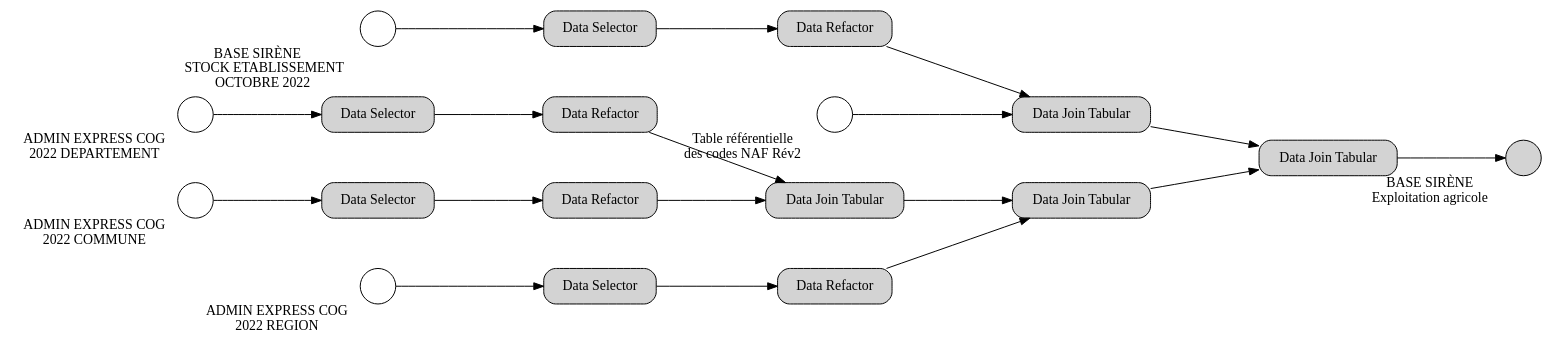
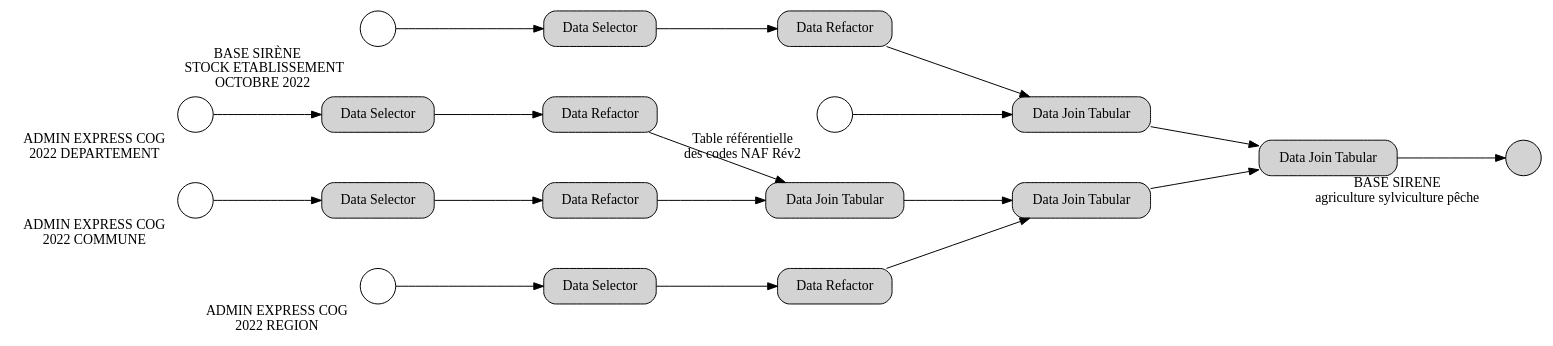
Before and after one commit to okp4/portal-web: the diagram in public/graphs/graph_sirene.dot, drawn with Graphviz.

Commit message:
fix: add the right name for the knowledge

```diff
--- a/public/graphs/graph_sirene.dot
+++ b/public/graphs/graph_sirene.dot
@@ -1,42 +1,42 @@
 digraph {
     rankdir=LR
     nodesep=0.6
     bgcolor="none"
     edge [minlen="3"]
     graph [class="knowledge-graph"]
     s01 [shape="circle" xlabel="ADMIN EXPRESS COG \n 2022 COMMUNE" label=""]
     s02 [shape="circle" xlabel="ADMIN EXPRESS COG \n 2022 DEPARTEMENT" label=""]
     s03 [shape="circle" xlabel="ADMIN EXPRESS COG \n 2022 REGION" label=""]
     s04 [shape="circle" xlabel="BASE SIRÈNE   \n  STOCK ETABLISSEMENT \n OCTOBRE 2022" label=""]
     s05 [shape="circle" xlabel="Table référentielle\n des codes NAF Rév2" label=""]
     s06 [shape="rectangle" style="rounded,filled" label="Data Selector" ]
     s07 [shape="rectangle" style="rounded,filled" label="Data Selector" ]
     s08 [shape="rectangle" style="rounded,filled" label="Data Selector" ]
     s09 [shape="rectangle" style="rounded,filled" label="Data Selector" ]
     s10 [shape="rectangle" style="rounded,filled" label="Data Refactor" ]
     s11 [shape="rectangle" style="rounded,filled" label="Data Refactor" ]
     s12 [shape="rectangle" style="rounded,filled" label="Data Refactor" ]
     s13 [shape="rectangle" style="rounded,filled" label="Data Refactor" ]
     s14 [shape="rectangle" style="rounded,filled" label="Data Join Tabular"]
     s15 [shape="rectangle" style="rounded,filled" label="Data Join Tabular" ]
     s16 [shape="rectangle" style="rounded,filled" label="Data Join Tabular" ]
     s17 [shape="rectangle" style="rounded,filled" label="Data Join Tabular" ]
-    s18 [shape="circle" style="rounded,filled" xlabel="BASE SIRÈNE \n Exploitation agricole" label=""]
+    s18 [shape="circle" style="rounded,filled" xlabel="BASE SIRENE \n agriculture sylviculture pêche" label=""]
     s01  -> s06
     s06  -> s10
     s10  -> s14
     s02  -> s07 
     s07  -> s11
     s11  -> s14
     s03  -> s08 
     s08  -> s12
     s12  -> s16
     s04  -> s09 
     s09  -> s13 
     s13  -> s15
     s05  -> s15
     s15  -> s17
     s14  -> s16 
     s16  -> s17
     s17  -> s18
 }
```
